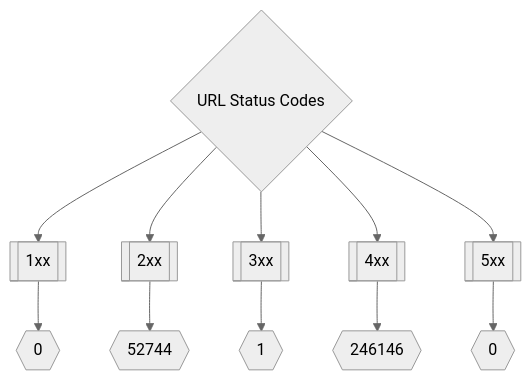
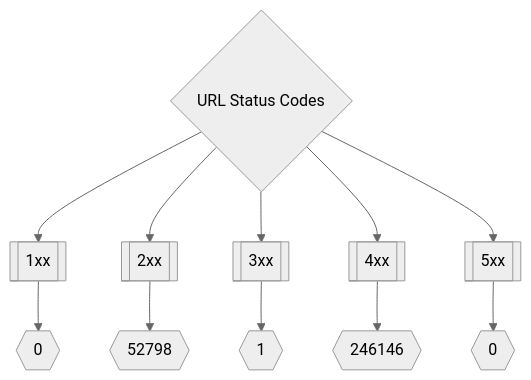
One commit to trickest/inventory changed the second of 3 diagrams in README.md. Above: the diagram before and after it, drawn with Mermaid (neutral theme). The commit also changed other lines of this file and 9 other files, not shown here.

````diff
--- a/README.md
+++ b/README.md
@@ -173,8 +173,8 @@
 ```mermaid
 graph TD
 title{URL Status Codes} --> 1xx[[1xx]] --> status1xxNum{{0}}
-title --> 2xx[[2xx]] --> status2xxNum{{52744}}
+title --> 2xx[[2xx]] --> status2xxNum{{52798}}
 title --> 3xx[[3xx]] --> status3xxNum{{1}}
 title --> 4xx[[4xx]] --> status4xxNum{{246146}}
 title --> 5xx[[5xx]] --> status5xxNum{{0}}
 ```
````
